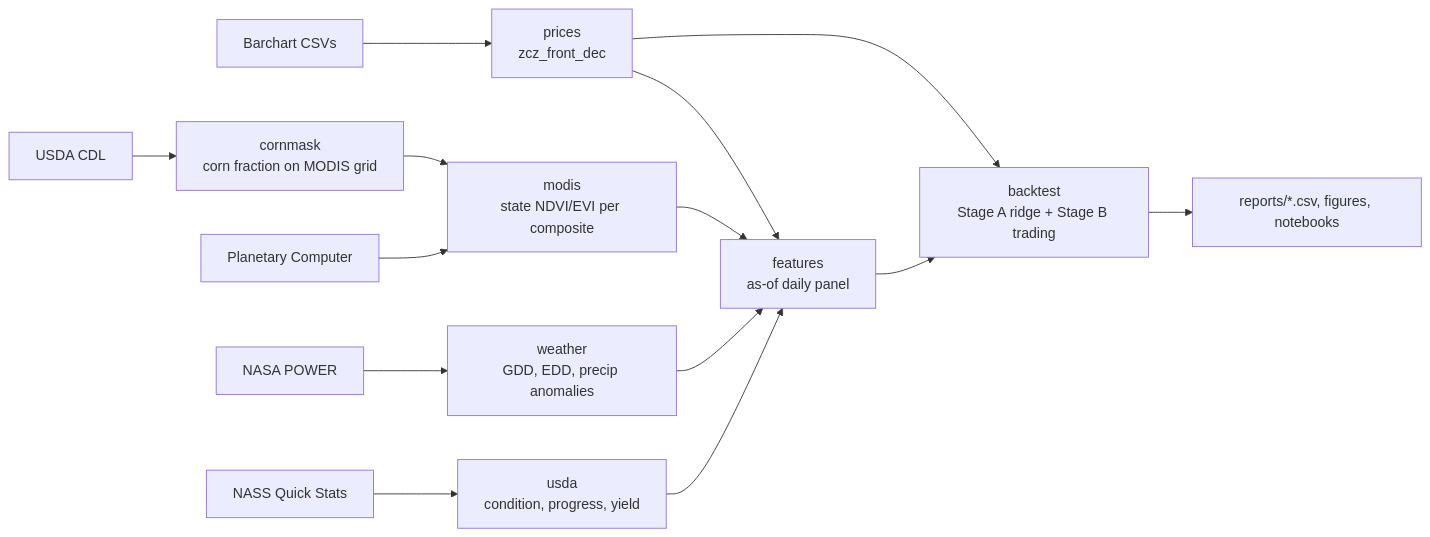
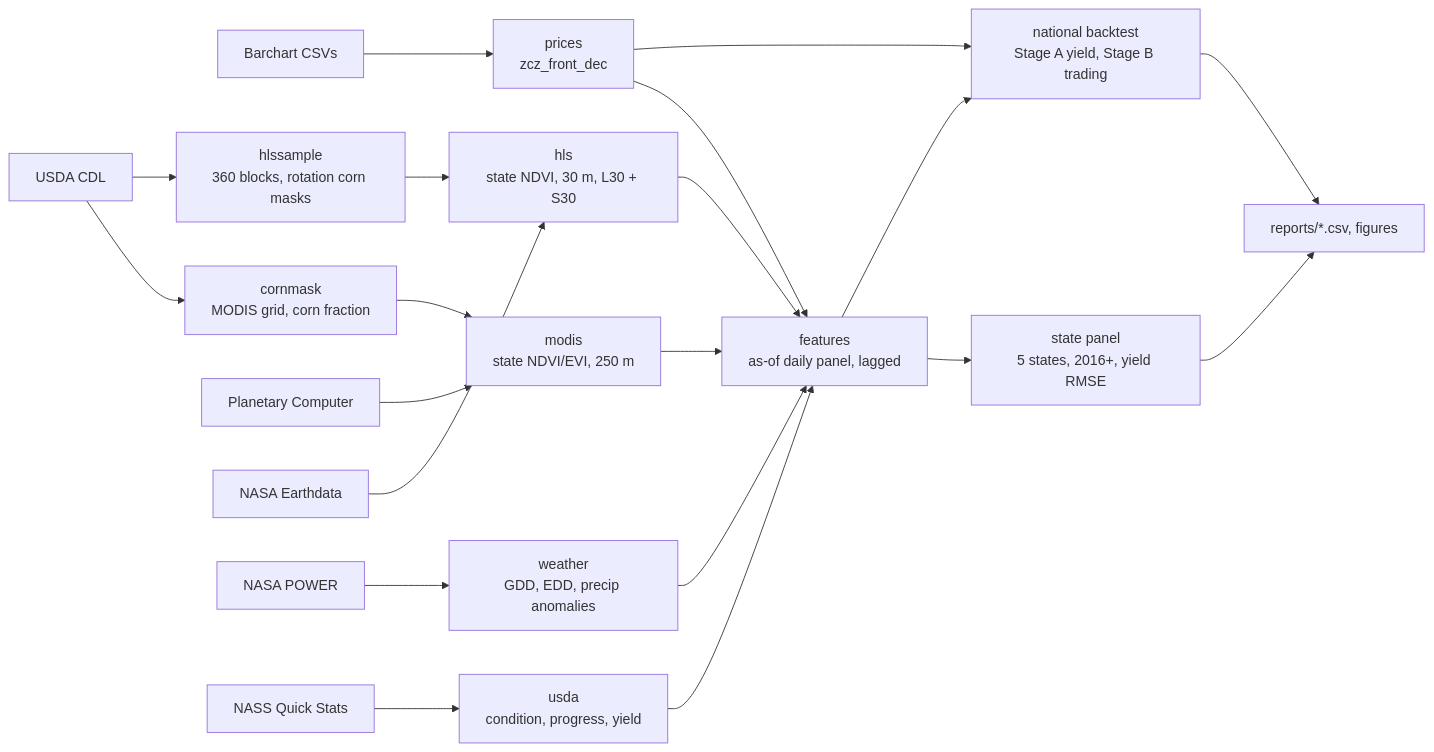
The diagram in README.md (AdAztra/CornSat), drawn with Mermaid before and after one commit. The commit also changed other lines of this file and 7 other files, not shown here.

Commit message:
Phase 8j: visual README with HLS imagery, sampling map, derecho and results charts

````diff
--- a/README.md
+++ b/README.md
@@ -41,16 +14,22 @@
 ```mermaid
 flowchart LR
     B[Barchart CSVs] --> P[prices<br/>zcz_front_dec]
-    CDL[USDA CDL] --> M[cornmask<br/>corn fraction on MODIS grid]
-    M --> MO[modis<br/>state NDVI/EVI per composite]
-    MPC[Planetary Computer] --> MO
+    CDL[USDA CDL] --> M[cornmask<br/>MODIS grid, corn fraction]
+    CDL --> HM[hlssample<br/>360 blocks, rotation corn masks]
+    MPC[Planetary Computer] --> MO[modis<br/>state NDVI/EVI, 250 m]
+    M --> MO
+    ED[NASA Earthdata] --> H[hls<br/>state NDVI, 30 m, L30 + S30]
+    HM --> H
     PW[NASA POWER] --> W[weather<br/>GDD, EDD, precip anomalies]
     N[NASS Quick Stats] --> U[usda<br/>condition, progress, yield]
-    P --> F[features<br/>as-of daily panel]
+    P --> F[features<br/>as-of daily panel, lagged]
     MO --> F
+    H --> F
     W --> F
     U --> F
-    F --> BT[backtest<br/>Stage A ridge + Stage B trading]
+    F --> SP[state panel<br/>5 states, 2016+, yield RMSE]
+    F --> BT[national backtest<br/>Stage A yield, Stage B trading]
     P --> BT
-    BT --> R[reports/*.csv, figures, notebooks]
+    SP --> R[reports/*.csv, figures]
+    BT --> R
 ```
````
